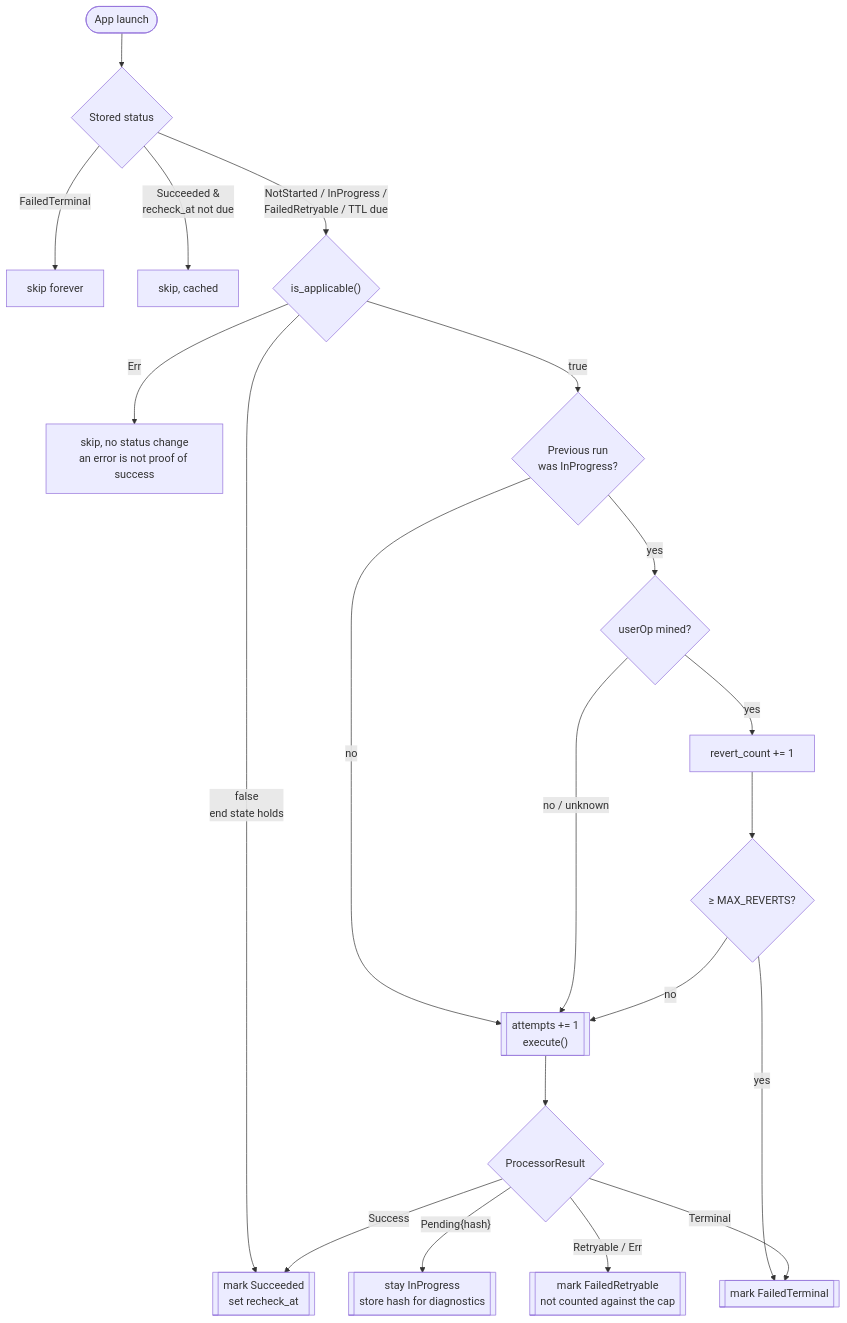
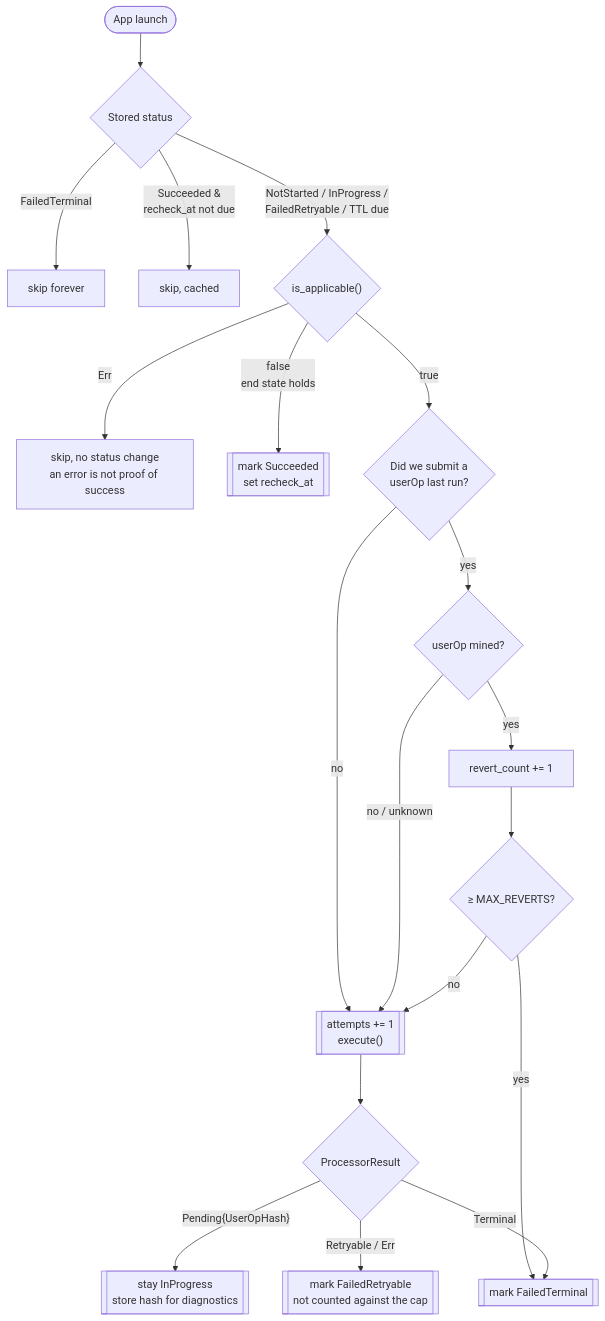
The diagram in bedrock/src/migration/README.md (worldcoin/bedrock), drawn with Mermaid before and after one commit. The commit also changed other lines of this file and 5 other files, not shown here.

First line of the commit message:
refactor(migration): processors report Pending, never Success

````diff
--- a/bedrock/src/migration/README.md
+++ b/bedrock/src/migration/README.md
@@ -31,27 +33,26 @@
 ```mermaid
 flowchart TD
     Start([App launch]) --> Gate{Stored status}
 
     Gate -- FailedTerminal --> SkipT[skip forever]
     Gate -- "Succeeded &<br/>recheck_at not due" --> SkipC[skip, cached]
     Gate -- "NotStarted / InProgress /<br/>FailedRetryable / TTL due" --> Applicable{"is_applicable()"}
 
     Applicable -- Err --> SkipE[skip, no status change<br/>an error is not proof of success]
     Applicable -- "false<br/>end state holds" --> Done[["mark Succeeded<br/>set recheck_at"]]
-    Applicable -- true --> WasPending{Previous run<br/>was InProgress?}
+    Applicable -- true --> WasPending{Did we submit a<br/>userOp last run?}
 
     WasPending -- no --> Exec
     WasPending -- yes --> Receipt{"userOp mined?"}
 
     Receipt -- "no / unknown" --> Exec[["attempts += 1<br/>execute()"]]
     Receipt -- yes --> Count[revert_count += 1]
     Count --> Cap{"&ge; MAX_REVERTS?"}
     Cap -- yes --> Terminal[["mark FailedTerminal"]]
     Cap -- no --> Exec
 
     Exec --> Result{ProcessorResult}
-    Result -- Success --> Done
-    Result -- "Pending{hash}" --> InProg[["stay InProgress<br/>store hash for diagnostics"]]
+    Result -- "Pending{UserOpHash}" --> InProg[["stay InProgress<br/>store hash for diagnostics"]]
     Result -- Retryable / Err --> Retry[["mark FailedRetryable<br/>not counted against the cap"]]
     Result -- Terminal --> Terminal
 ```
````
